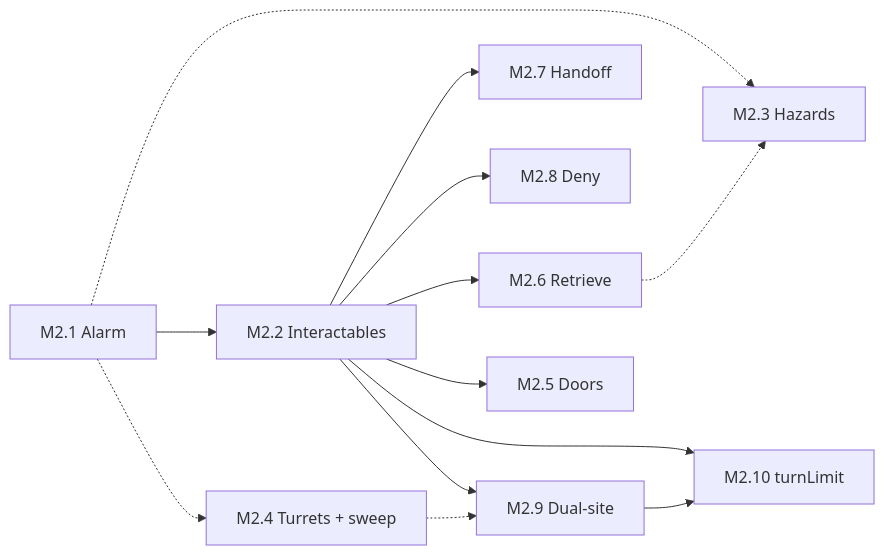
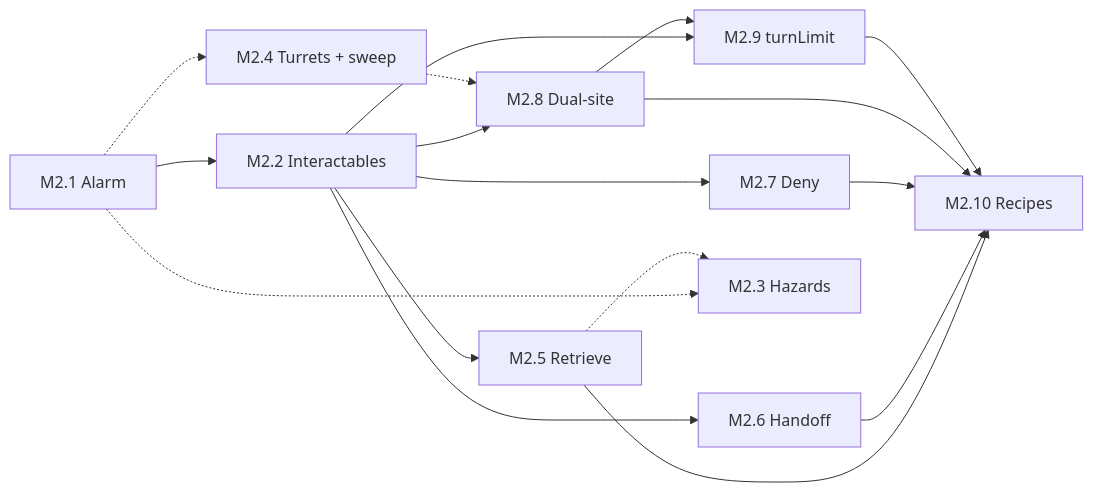
One commit to facerix/kernel-panic changed the diagram in docs/phase-2.5-plan.md. Above: the diagram before and after it, drawn with Mermaid. The commit also changed other lines of this file and 10 other files, not shown here.

````diff
--- a/docs/phase-2.5-plan.md
+++ b/docs/phase-2.5-plan.md
@@ -101,25 +103,29 @@
 ```mermaid
 flowchart LR
   M21[M2.1 Alarm]
   M22[M2.2 Interactables]
-  M26[M2.6 Retrieve]
-  M27[M2.7 Handoff]
-  M28[M2.8 Deny]
-  M29[M2.9 Dual-site]
-  M210[M2.10 turnLimit]
-  M25[M2.5 Doors]
+  M25[M2.5 Retrieve]
+  M26[M2.6 Handoff]
+  M27[M2.7 Deny]
+  M28[M2.8 Dual-site]
+  M29[M2.9 turnLimit]
+  M210[M2.10 Recipes]
   M23[M2.3 Hazards]
   M24[M2.4 Turrets + sweep]
   M21 --> M22
+  M22 --> M25
   M22 --> M26
   M22 --> M27
   M22 --> M28
   M22 --> M29
-  M22 --> M25
-  M22 --> M210
-  M29 --> M210
+  M28 --> M29
   M21 -.-> M23
   M21 -.-> M24
-  M26 -.-> M23
-  M24 -.-> M29
+  M25 -.-> M23
+  M24 -.-> M28
+  M25 --> M210
+  M26 --> M210
+  M27 --> M210
+  M28 --> M210
+  M29 --> M210
 ```
````
